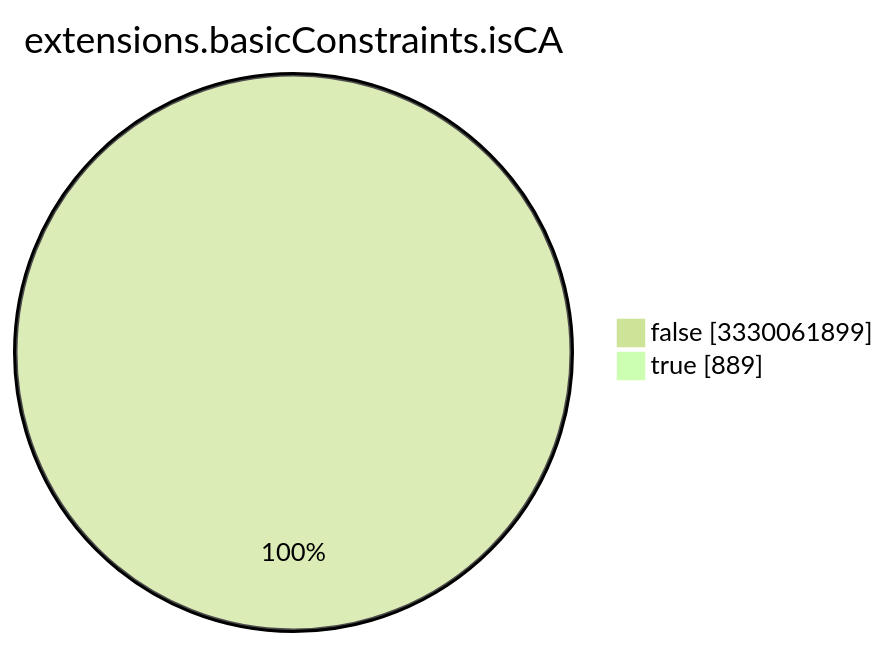
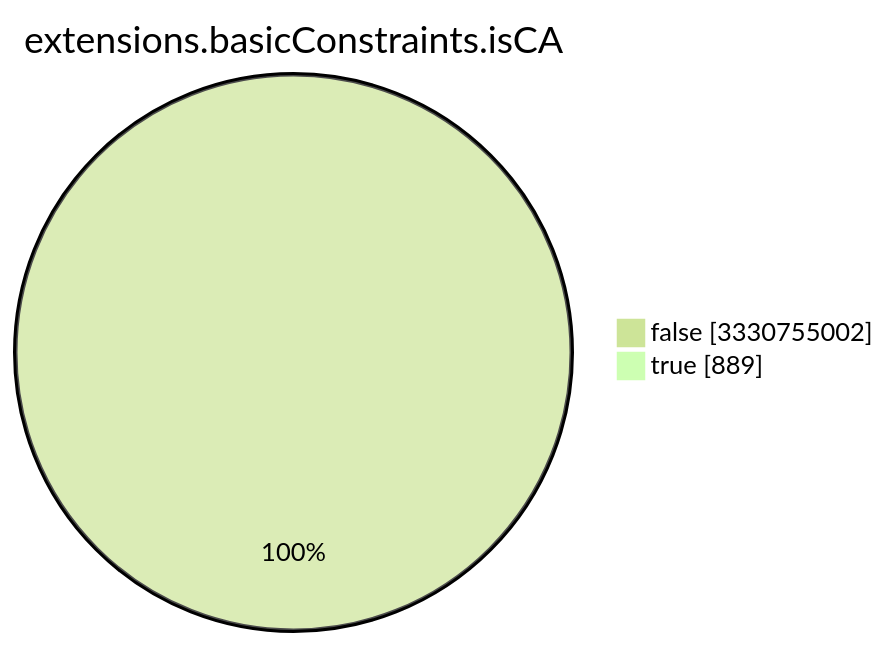
The seventh of 15 diagrams in TOTAL/README.md (christiankrug/ctmonitor_visualization), drawn with Mermaid (forest theme) before and after one commit. The commit also changed other lines of this file, not shown here.

````diff
--- a/TOTAL/README.md
+++ b/TOTAL/README.md
@@ -3089,6 +3089,6 @@
 ```mermaid
 pie showData
 title extensions.basicConstraints.isCA
-"false" :3330061899
+"false" :3330755002
 "true" :889
 ```
````
